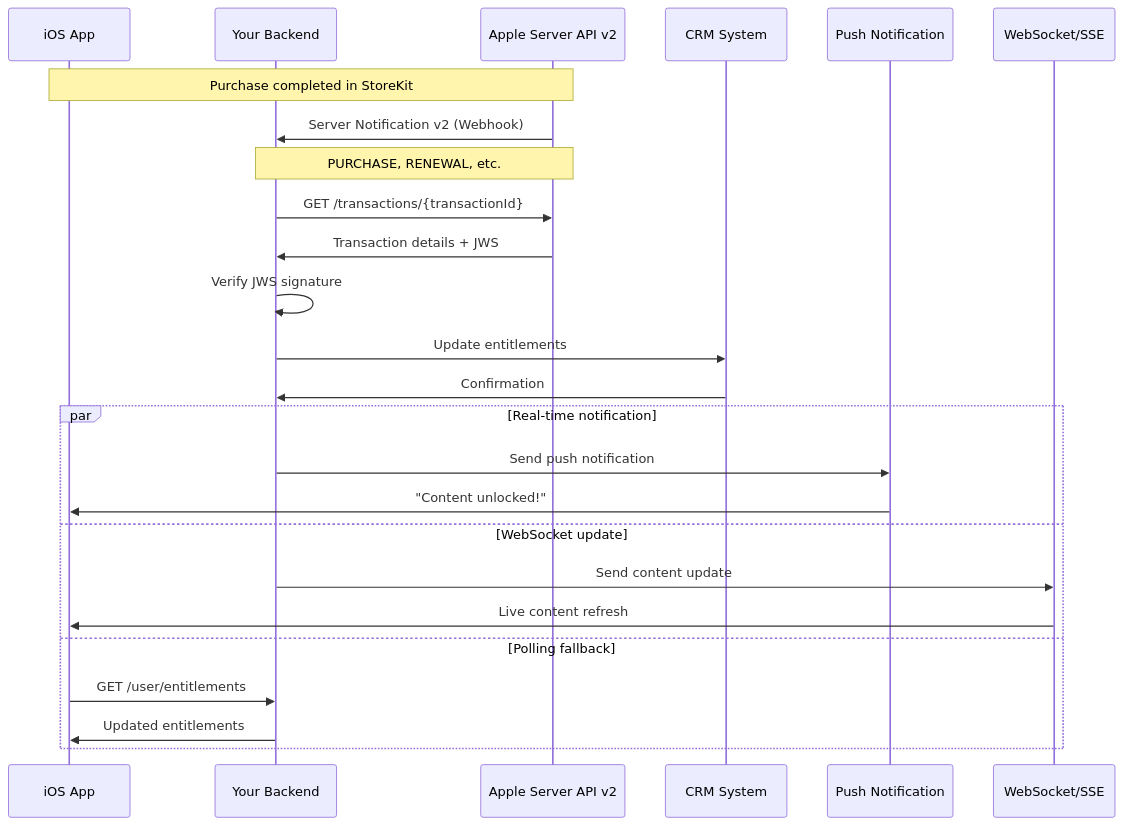
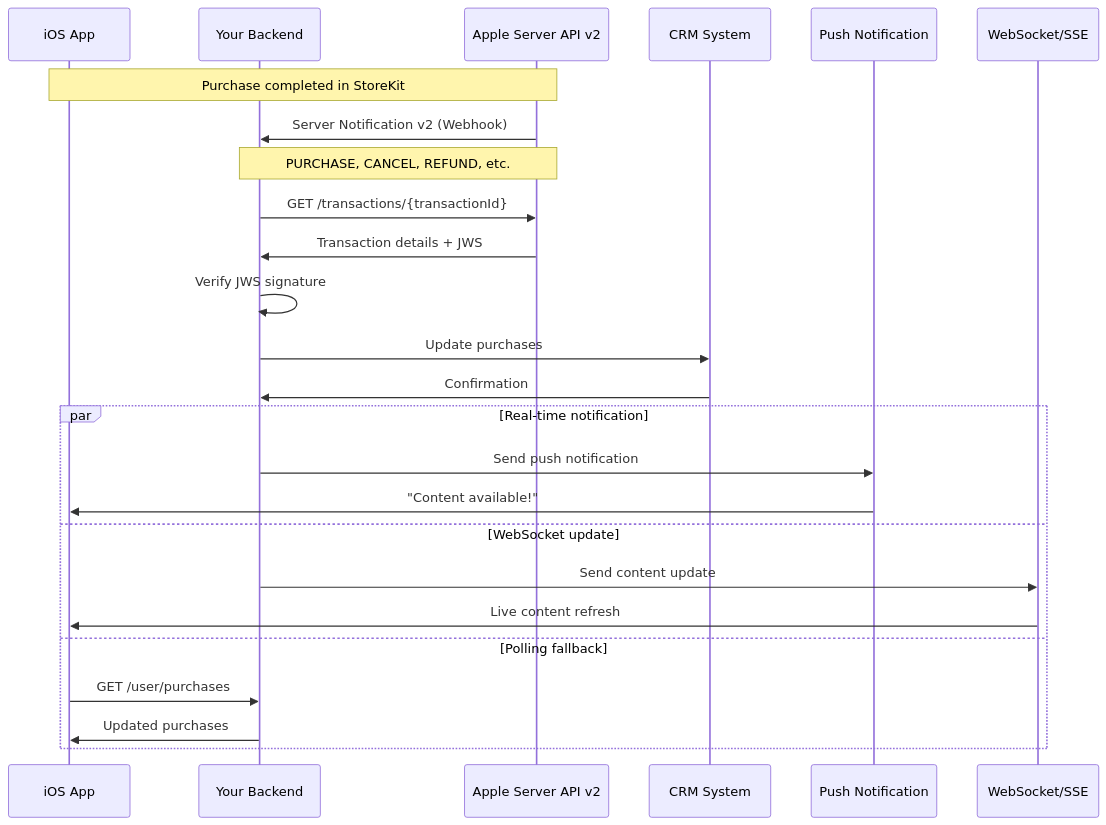
The second of 9 diagrams in architecture/flow-diagrams.md (tnstoyanov/applePayInAppBt), drawn with Mermaid before and after one commit. The commit also changed other lines of this file, not shown here.

First line of the commit message:
Remove subscription management flow and update terminology

````diff
--- a/architecture/flow-diagrams.md
+++ b/architecture/flow-diagrams.md
@@ -58,31 +58,31 @@
 ```mermaid
 sequenceDiagram
     participant App as iOS App
     participant Backend as Your Backend
     participant Apple as Apple Server API v2
     participant CRM as CRM System
     participant Push as Push Notification
     participant WS as WebSocket/SSE
     
     Note over App,Apple: Purchase completed in StoreKit
     Apple->>Backend: Server Notification v2 (Webhook)
-    Note over Apple,Backend: PURCHASE, RENEWAL, etc.
+    Note over Apple,Backend: PURCHASE, CANCEL, REFUND, etc.
     
     Backend->>Apple: GET /transactions/{transactionId}
     Apple->>Backend: Transaction details + JWS
     Backend->>Backend: Verify JWS signature
     
-    Backend->>CRM: Update entitlements
+    Backend->>CRM: Update purchases
     CRM->>Backend: Confirmation
     
     par Real-time notification
         Backend->>Push: Send push notification
-        Push->>App: "Content unlocked!"
+        Push->>App: "Content available!"
     and WebSocket update
         Backend->>WS: Send content update
         WS->>App: Live content refresh
     and Polling fallback
-        App->>Backend: GET /user/entitlements
-        Backend->>App: Updated entitlements
+        App->>Backend: GET /user/purchases
+        Backend->>App: Updated purchases
     end
 ```
````
